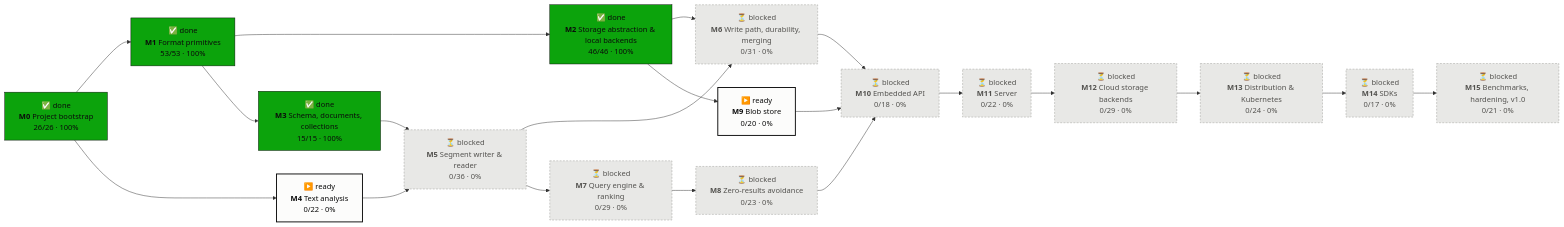
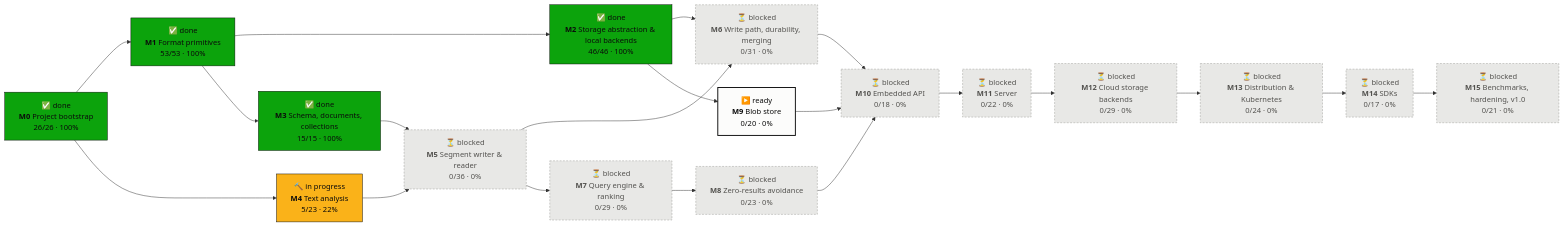
One commit to tomiok/persiaDB changed the first of 2 diagrams in PROGRESS.md. Above: the diagram before and after it, drawn with Mermaid. The commit also changed other lines of this file and 8 other files, not shown here.

First line of the commit message:
fix(analysis): review of 4.1 — pin the Unicode version, keycap/ZWJ rows, stronger fuzz guard check (ROADMAP 4.1)

````diff
--- a/PROGRESS.md
+++ b/PROGRESS.md
@@ -14,42 +14,42 @@
 ```mermaid
 flowchart LR
   M0["✅ done<br/><b>M0</b> Project bootstrap<br/>26/26 · 100%"]:::done
   M1["✅ done<br/><b>M1</b> Format primitives<br/>53/53 · 100%"]:::done
   M2["✅ done<br/><b>M2</b> Storage abstraction & local backends<br/>46/46 · 100%"]:::done
   M3["✅ done<br/><b>M3</b> Schema, documents, collections<br/>15/15 · 100%"]:::done
-  M4["▶️ ready<br/><b>M4</b> Text analysis<br/>0/22 · 0%"]:::ready
+  M4["🔨 in progress<br/><b>M4</b> Text analysis<br/>5/23 · 22%"]:::doing
   M5["⏳ blocked<br/><b>M5</b> Segment writer & reader<br/>0/36 · 0%"]:::blocked
   M6["⏳ blocked<br/><b>M6</b> Write path, durability, merging<br/>0/31 · 0%"]:::blocked
   M7["⏳ blocked<br/><b>M7</b> Query engine & ranking<br/>0/29 · 0%"]:::blocked
   M8["⏳ blocked<br/><b>M8</b> Zero-results avoidance<br/>0/23 · 0%"]:::blocked
   M9["▶️ ready<br/><b>M9</b> Blob store<br/>0/20 · 0%"]:::ready
   M10["⏳ blocked<br/><b>M10</b> Embedded API<br/>0/18 · 0%"]:::blocked
   M11["⏳ blocked<br/><b>M11</b> Server<br/>0/22 · 0%"]:::blocked
   M12["⏳ blocked<br/><b>M12</b> Cloud storage backends<br/>0/29 · 0%"]:::blocked
   M13["⏳ blocked<br/><b>M13</b> Distribution & Kubernetes<br/>0/24 · 0%"]:::blocked
   M14["⏳ blocked<br/><b>M14</b> SDKs<br/>0/17 · 0%"]:::blocked
   M15["⏳ blocked<br/><b>M15</b> Benchmarks, hardening, v1.0<br/>0/21 · 0%"]:::blocked
   M0 --> M1
   M1 --> M2
   M1 --> M3
   M0 --> M4
   M3 --> M5
   M4 --> M5
   M2 --> M6
   M5 --> M6
   M5 --> M7
   M7 --> M8
   M2 --> M9
   M6 --> M10
   M8 --> M10
   M9 --> M10
   M10 --> M11
   M11 --> M12
   M12 --> M13
   M13 --> M14
   M14 --> M15
   classDef done fill:#0ca30c,stroke:#0b0b0b,color:#0b0b0b
   classDef doing fill:#fab219,stroke:#0b0b0b,color:#0b0b0b
   classDef ready fill:#fcfcfb,stroke:#0b0b0b,stroke-width:2px,color:#0b0b0b
   classDef blocked fill:#e8e8e6,stroke:#9a9a96,stroke-dasharray:4 3,color:#52514e
 ```
````
